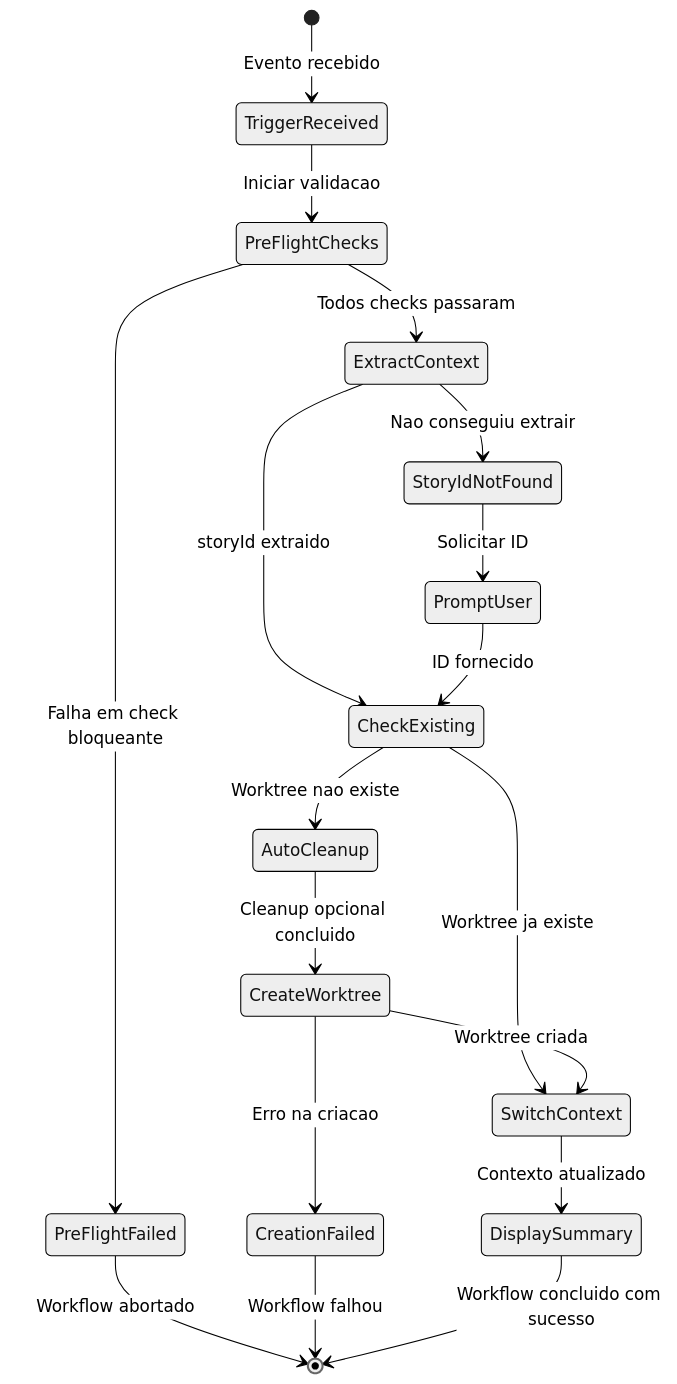
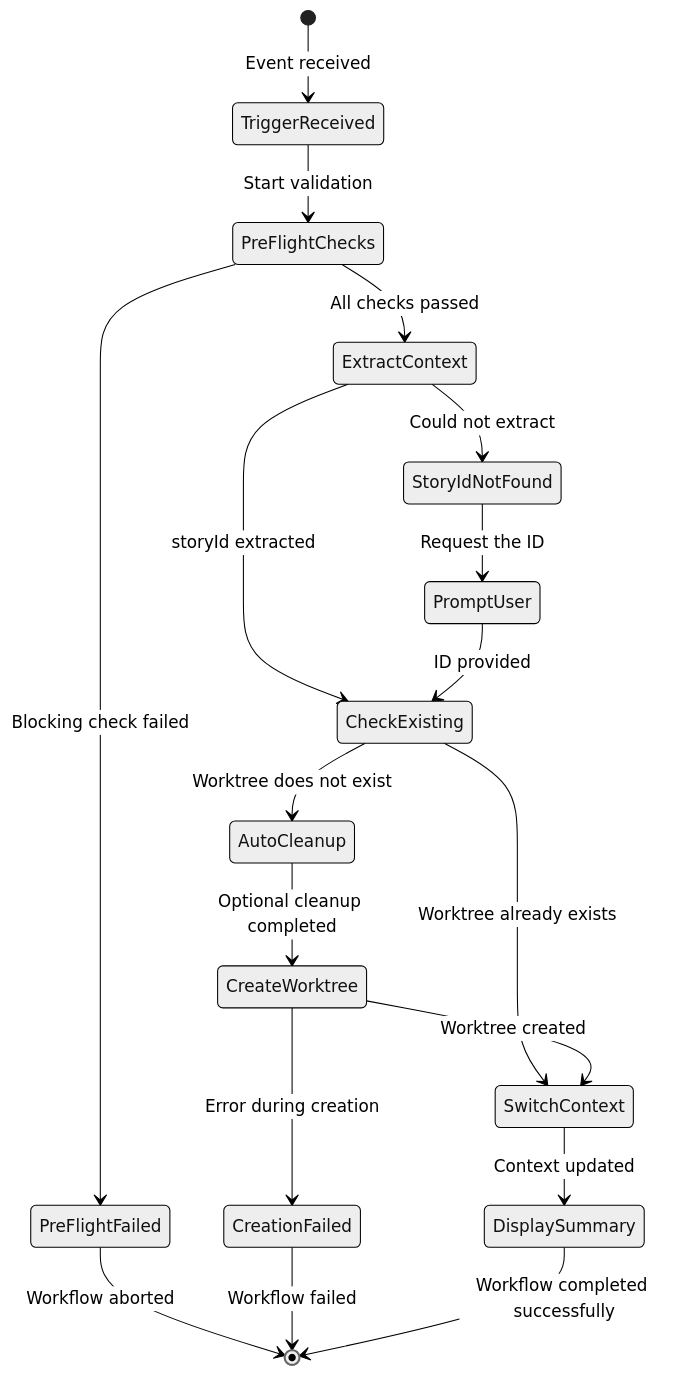
The second of 5 diagrams in docs/guides/workflows/AUTO-WORKTREE-WORKFLOW.md (CyryxLabs/AEXOS), drawn with Mermaid (neutral theme) before and after one commit. The commit also changed other lines of this file and 528 other files, not shown here.

````diff
--- a/docs/guides/workflows/AUTO-WORKTREE-WORKFLOW.md
+++ b/docs/guides/workflows/AUTO-WORKTREE-WORKFLOW.md
@@ -108,31 +108,31 @@
 ```mermaid
 stateDiagram-v2
-    [*] --> TriggerReceived: Evento recebido
+    [*] --> TriggerReceived: Event received
 
-    TriggerReceived --> PreFlightChecks: Iniciar validacao
+    TriggerReceived --> PreFlightChecks: Start validation
 
-    PreFlightChecks --> PreFlightFailed: Falha em check bloqueante
-    PreFlightChecks --> ExtractContext: Todos checks passaram
+    PreFlightChecks --> PreFlightFailed: Blocking check failed
+    PreFlightChecks --> ExtractContext: All checks passed
 
-    PreFlightFailed --> [*]: Workflow abortado
+    PreFlightFailed --> [*]: Workflow aborted
 
-    ExtractContext --> CheckExisting: storyId extraido
-    ExtractContext --> StoryIdNotFound: Nao conseguiu extrair
+    ExtractContext --> CheckExisting: storyId extracted
+    ExtractContext --> StoryIdNotFound: Could not extract
 
-    StoryIdNotFound --> PromptUser: Solicitar ID
-    PromptUser --> CheckExisting: ID fornecido
+    StoryIdNotFound --> PromptUser: Request the ID
+    PromptUser --> CheckExisting: ID provided
 
-    CheckExisting --> SwitchContext: Worktree ja existe
-    CheckExisting --> AutoCleanup: Worktree nao existe
+    CheckExisting --> SwitchContext: Worktree already exists
+    CheckExisting --> AutoCleanup: Worktree does not exist
 
-    AutoCleanup --> CreateWorktree: Cleanup opcional concluido
+    AutoCleanup --> CreateWorktree: Optional cleanup completed
 
-    CreateWorktree --> CreationFailed: Erro na criacao
-    CreateWorktree --> SwitchContext: Worktree criada
+    CreateWorktree --> CreationFailed: Error during creation
+    CreateWorktree --> SwitchContext: Worktree created
 
-    CreationFailed --> [*]: Workflow falhou
+    CreationFailed --> [*]: Workflow failed
 
-    SwitchContext --> DisplaySummary: Contexto atualizado
+    SwitchContext --> DisplaySummary: Context updated
 
-    DisplaySummary --> [*]: Workflow concluido com sucesso
+    DisplaySummary --> [*]: Workflow completed successfully
 ```
````
